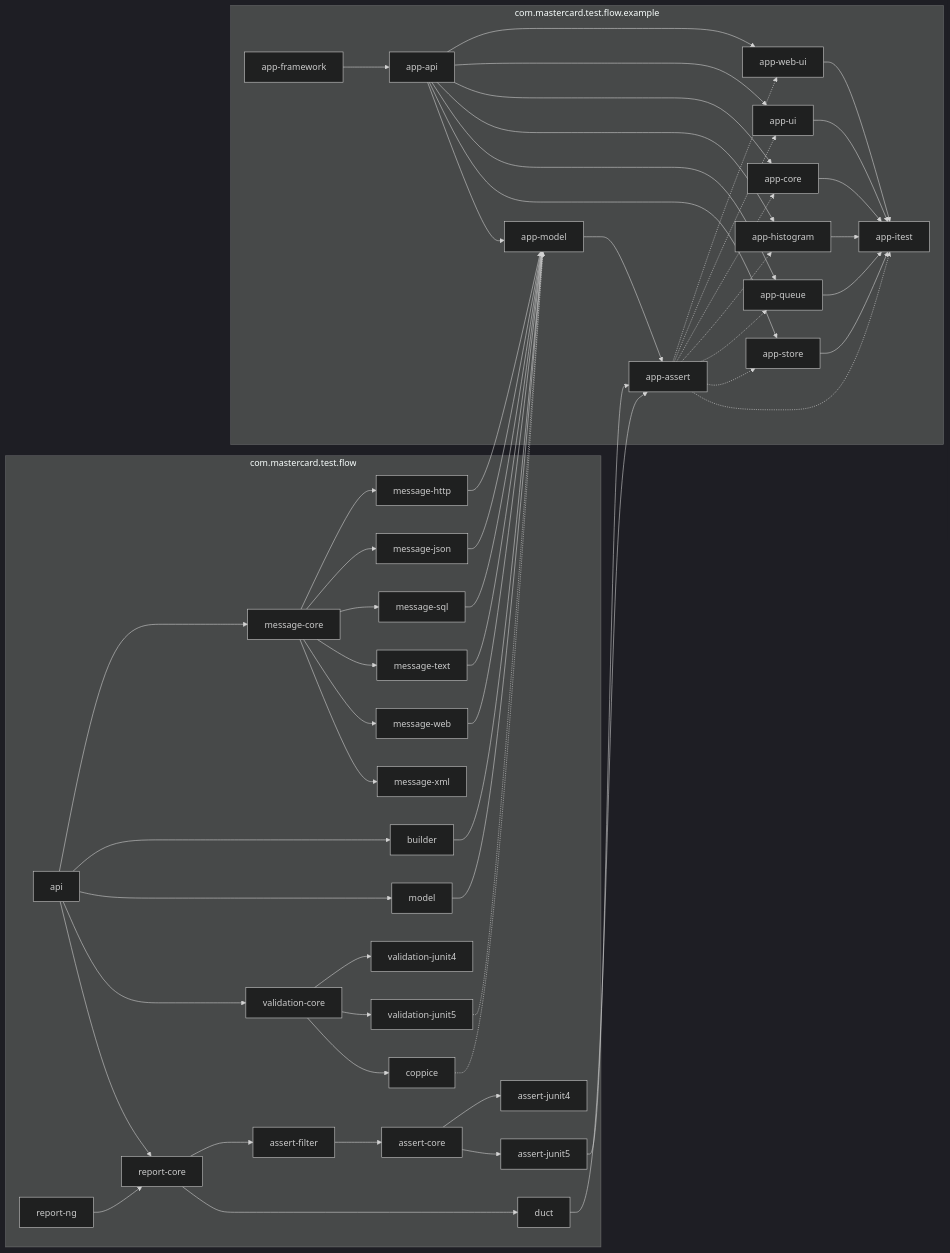
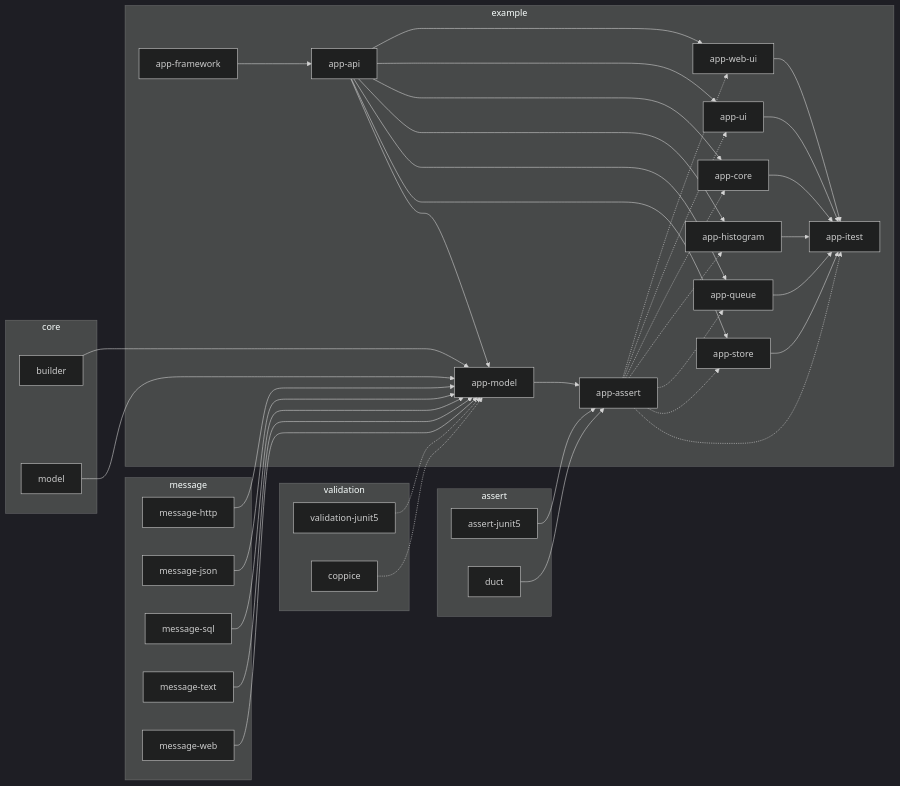
Before and after one commit to Mastercard/flow: the second of 2 diagrams in example/README.md, drawn with Mermaid (dark theme). The commit also changed 1 other file, not shown here.

Commit message:
Allowed manual edits

````diff
--- a/example/README.md
+++ b/example/README.md
@@ -69,29 +69,26 @@
 ```mermaid
+
 graph LR
-  subgraph com.mastercard.test.flow
-    api
-    assert-core
-    assert-filter
-    assert-junit4
-    assert-junit5
+  subgraph core
     builder
-    coppice
-    duct
-    message-core
+    model
+  end
+  subgraph message
     message-http
     message-json
     message-sql
     message-text
     message-web
-    message-xml
-    model
-    report-core
-    report-ng
-    validation-core
-    validation-junit4
+  end
+  subgraph validation
     validation-junit5
+    coppice
   end
-  subgraph com.mastercard.test.flow.example
+  subgraph assert
+    assert-junit5
+    duct
+  end
+  subgraph example
     app-api
     app-assert
     app-core
@@ -104,11 +101,6 @@
     app-ui
     app-web-ui
   end
-  api --> message-core
-  api --> builder
-  api --> model
-  api --> validation-core
-  api --> report-core
   app-api --> app-web-ui
   app-api --> app-ui
   app-api --> app-core
@@ -131,30 +123,20 @@
   app-store --> app-itest
   app-ui --> app-itest
   app-web-ui --> app-itest
-  assert-core --> assert-junit4
-  assert-core --> assert-junit5
-  assert-filter --> assert-core
   assert-junit5 --> app-assert
   builder --> app-model
   coppice -.-> app-model
   duct --> app-assert
-  message-core --> message-http
-  message-core --> message-json
-  message-core --> message-sql
-  message-core --> message-text
-  message-core --> message-web
-  message-core --> message-xml
   message-http --> app-model
   message-json --> app-model
   message-sql --> app-model
   message-text --> app-model
   message-web --> app-model
   model --> app-model
-  report-core --> assert-filter
-  report-core --> duct
-  report-ng --> report-core
-  validation-core --> validation-junit4
-  validation-core --> validation-junit5
-  validation-core --> coppice
   validation-junit5 -.-> app-model
+
+  %% keeps subgraphs positioned correctly
+  core ~~~ message
+  message ~~~ validation
+  validation ~~~ assert
 ```
````
